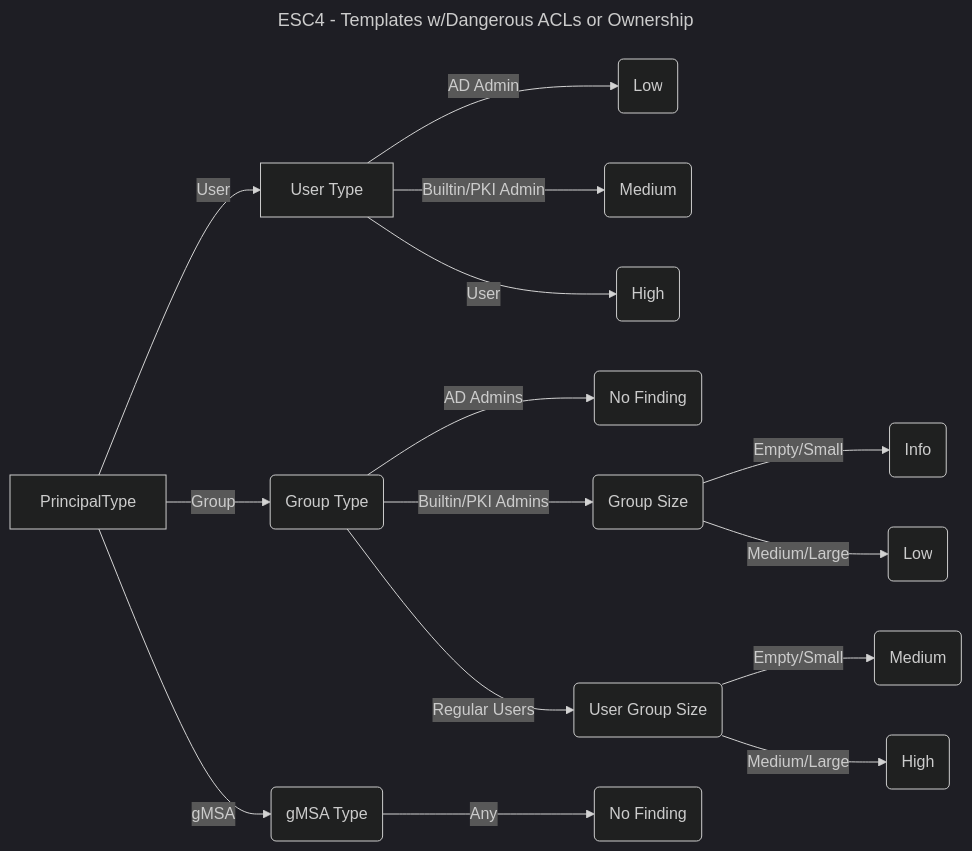
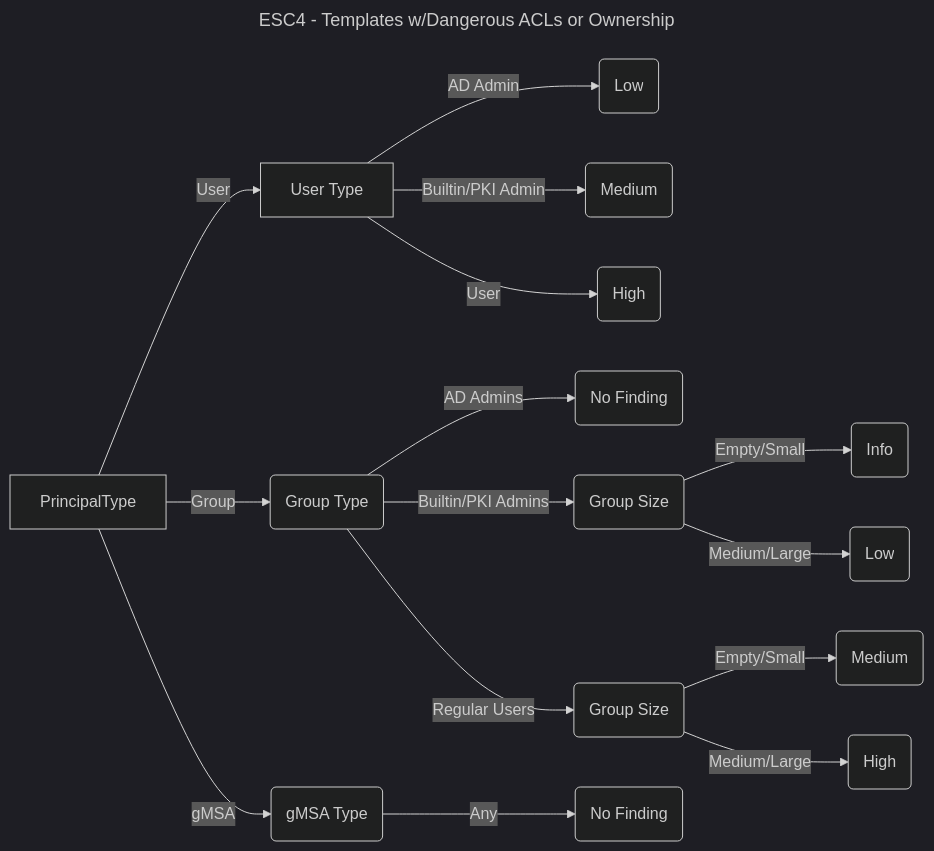
One commit to TrimarcJake/Locksmith changed the diagram in Docs/Flowcharts/ESC4.md. Above: the diagram before and after it, drawn with Mermaid (dark theme).

````diff
--- a/Docs/Flowcharts/ESC4.md
+++ b/Docs/Flowcharts/ESC4.md
@@ -1,20 +1,20 @@
 ```mermaid
 ---
 title: ESC4 - Templates w/Dangerous ACLs or Ownership
 ---
 flowchart LR
     PrincipalType -->|User| UserType["User Type"];
             UserType -- AD Admin --> ADAUPriority(Low);
             UserType -- Builtin/PKI Admin --> BIAUPriority(Medium);
             UserType -- User --> UserPriority(High);
     PrincipalType -->|Group| GroupType("Group Type");
             GroupType -- AD Admins --> ADASize(No Finding);
             GroupType -- Builtin/PKI Admins --> BIASize(Group Size);
                 BIASize -- Empty/Small --> BIAEGPriority(Info);
                 BIASize -- Medium/Large --> BIAMGPriority(Low);
-            GroupType -- Regular Users --> UsersSize(User Group Size);
+            GroupType -- Regular Users --> UsersSize(Group Size);
                 UsersSize -- Empty/Small --> UsersEGPriority(Medium);
                 UsersSize -- Medium/Large --> UsersMGPriority(High);
     PrincipalType -->|gMSA| gMSAType(gMSA Type);
             gMSAType -- Any --> gMSAPriority(No Finding);
 ```
````
